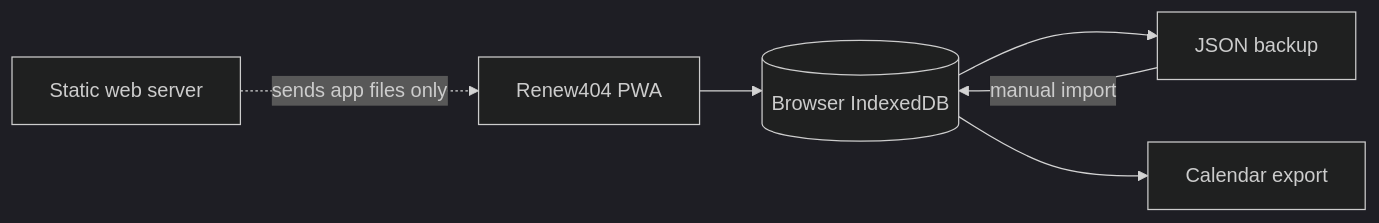
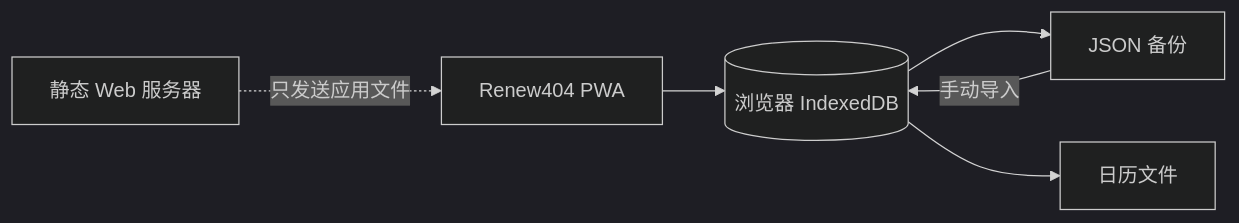
The diagram in README.md (Mavlan/renew404), drawn with Mermaid (dark theme) before and after one commit. The commit also changed other lines of this file and 2 other files, not shown here.

````diff
--- a/README.md
+++ b/README.md
@@ -45,8 +45,8 @@
 ```mermaid
 flowchart LR
-  UI[Renew404 PWA] --> DB[(Browser IndexedDB)]
-  DB --> JSON[JSON backup]
-  DB --> ICS[Calendar export]
-  JSON -->|manual import| DB
-  SERVER[Static web server] -. sends app files only .-> UI
+  UI[Renew404 PWA] --> DB[(浏览器 IndexedDB)]
+  DB --> JSON[JSON 备份]
+  DB --> ICS[日历文件]
+  JSON -->|手动导入| DB
+  SERVER[静态 Web 服务器] -. 只发送应用文件 .-> UI
 ```
````
